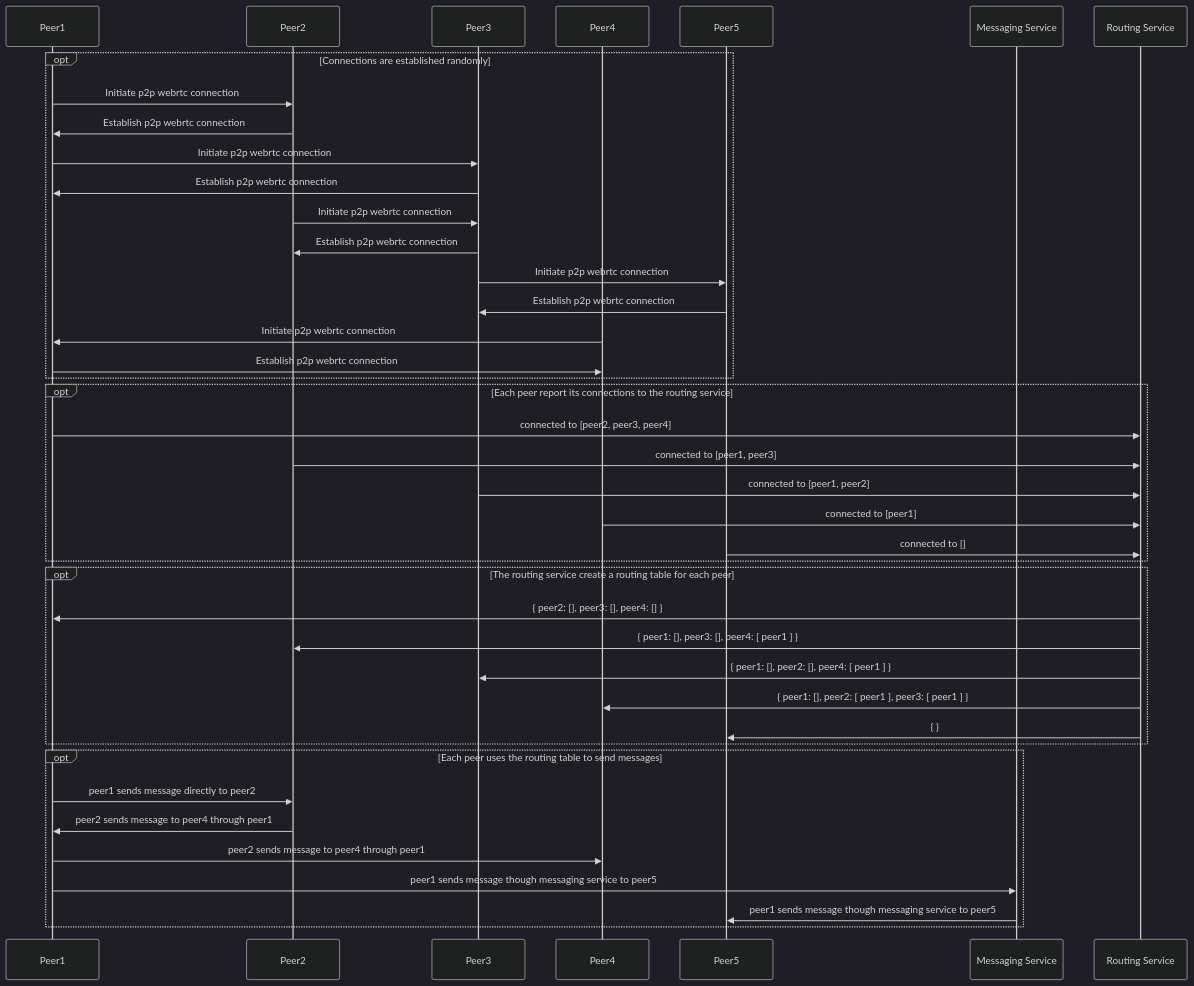
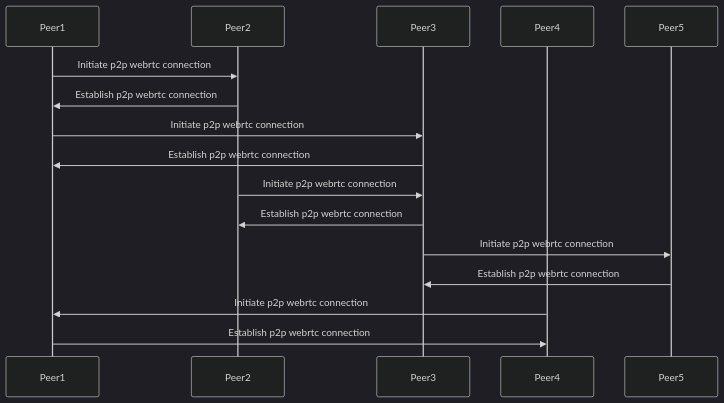
One commit to decentraland/adr changed the first of 4 diagrams in RFC/RFC-13-p2p-adapter.md. Above: the diagram before and after it, drawn with Mermaid (dark theme). The commit also changed other lines of this file, not shown here.

````diff
--- a/RFC/RFC-13-p2p-adapter.md
+++ b/RFC/RFC-13-p2p-adapter.md
@@ -83,51 +88,23 @@
 ```mermaid
 sequenceDiagram
     participant Peer1
     participant Peer2
     participant Peer3
     participant Peer4
     participant Peer5
-    participant MS as Messaging Service
-    participant RS as Routing Service
 
-    opt Connections are established randomly
-      Peer1->>Peer2: Initiate p2p webrtc connection
-      Peer2->>Peer1: Establish p2p webrtc connection
+    Peer1->>Peer2: Initiate p2p webrtc connection
+    Peer2->>Peer1: Establish p2p webrtc connection
 
-      Peer1->>Peer3: Initiate p2p webrtc connection
-      Peer3->>Peer1: Establish p2p webrtc connection
+    Peer1->>Peer3: Initiate p2p webrtc connection
+    Peer3->>Peer1: Establish p2p webrtc connection
 
-      Peer2->>Peer3: Initiate p2p webrtc connection
-      Peer3->>Peer2: Establish p2p webrtc connection
+    Peer2->>Peer3: Initiate p2p webrtc connection
+    Peer3->>Peer2: Establish p2p webrtc connection
 
-      Peer3->>Peer5: Initiate p2p webrtc connection
-      Peer5->>Peer3: Establish p2p webrtc connection
+    Peer3->>Peer5: Initiate p2p webrtc connection
+    Peer5->>Peer3: Establish p2p webrtc connection
 
-      Peer4->>Peer1: Initiate p2p webrtc connection
-      Peer1->>Peer4: Establish p2p webrtc connection
-    end
-
-    opt Each peer report its connections to the routing service
-      Peer1->>RS: connected to [peer2, peer3, peer4]
-      Peer2->>RS: connected to [peer1, peer3]
-      Peer3->>RS: connected to [peer1, peer2]
-      Peer4->>RS: connected to [peer1]
-      Peer5->>RS: connected to []
-    end
-    
-    opt The routing service create a routing table for each peer
-      RS->>Peer1: { peer2: [], peer3: [], peer4: [] }
-      RS->>Peer2: { peer1: [], peer3: [], peer4: [ peer1 ] }
-      RS->>Peer3: { peer1: [], peer2: [], peer4: [ peer1 ] }
-      RS->>Peer4: { peer1: [], peer2: [ peer1 ], peer3: [ peer1 ] }
-      RS->>Peer5: { }
-    end
-    
-    opt Each peer uses the routing table to send messages
-      Peer1->>Peer2: peer1 sends message directly to peer2
-      Peer2->>Peer1: peer2 sends message to peer4 through peer1
-      Peer1->>Peer4: peer2 sends message to peer4 through peer1
-      Peer1->>MS: peer1 sends message though messaging service to peer5
-      MS->>Peer5: peer1 sends message though messaging service to peer5
-    end
+    Peer4->>Peer1: Initiate p2p webrtc connection
+    Peer1->>Peer4: Establish p2p webrtc connection
 ```
````
